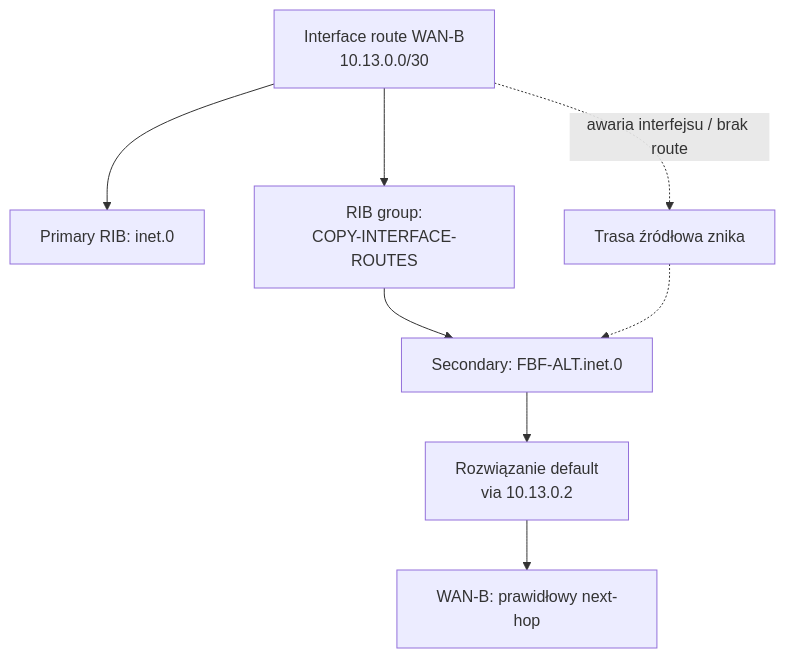
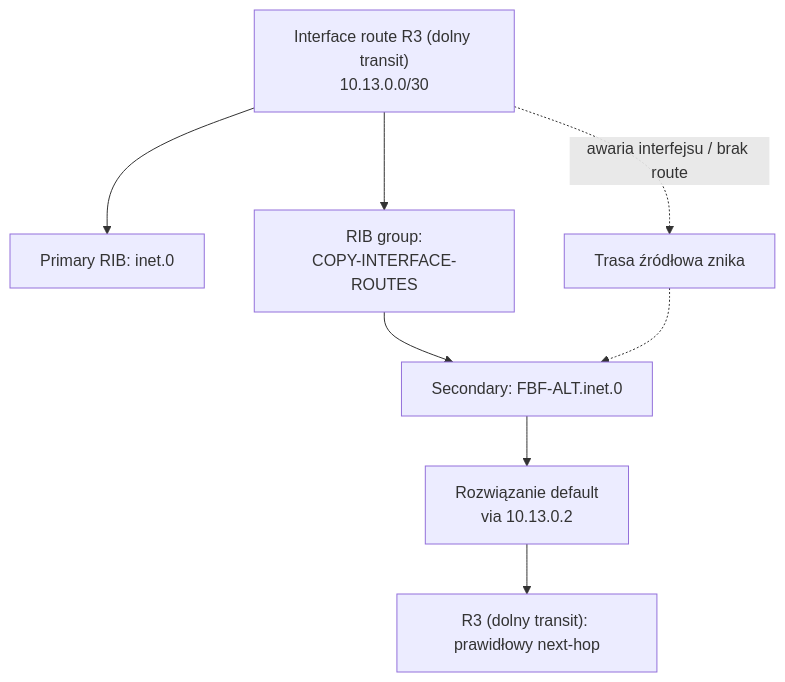
The fifth of 7 diagrams in docs/chapters/JUNOS_Rozdzial_07_Protocol_Independent_Routing.md (nelto79/jncip), drawn with Mermaid before and after one commit. The commit also changed other lines of this file, not shown here.

Commit message:
docs(ch07): correct FBF narrative to one LAN-A host and canonical R2/R3 transit paths

```diff
--- a/docs/chapters/JUNOS_Rozdzial_07_Protocol_Independent_Routing.md
+++ b/docs/chapters/JUNOS_Rozdzial_07_Protocol_Independent_Routing.md
@@ -433,10 +431,10 @@
 ~~~mermaid
 flowchart TD
-  I["Interface route WAN-B<br/>10.13.0.0/30"] --> P["Primary RIB: inet.0"]
+  I["Interface route R3 (dolny transit)<br/>10.13.0.0/30"] --> P["Primary RIB: inet.0"]
   I --> RG["RIB group:<br/>COPY-INTERFACE-ROUTES"]
   RG --> S["Secondary: FBF-ALT.inet.0"]
   S --> NH["Rozwiązanie default<br/>via 10.13.0.2"]
-  NH --> UP["WAN-B: prawidłowy next-hop"]
+  NH --> UP["R3 (dolny transit): prawidłowy next-hop"]
   I -. "awaria interfejsu / brak route" .-> F["Trasa źródłowa znika"]
   F -.-> S
 ~~~
```
